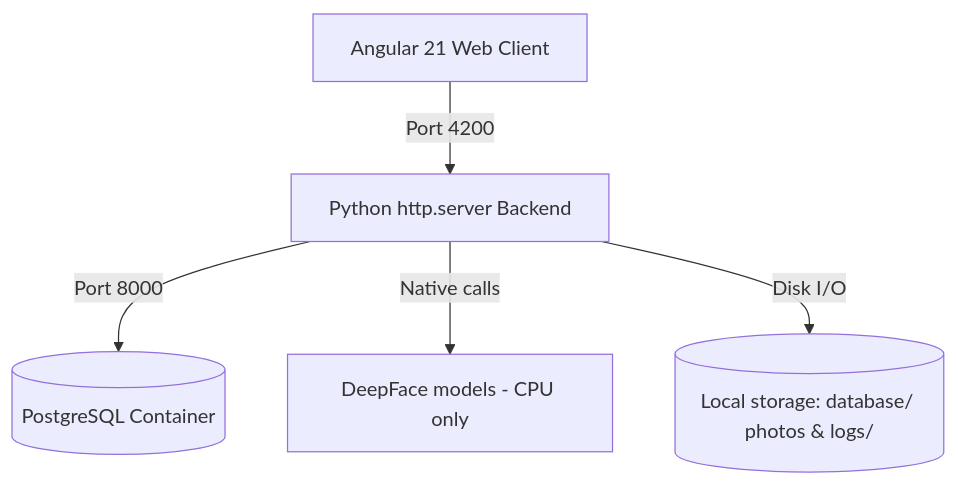
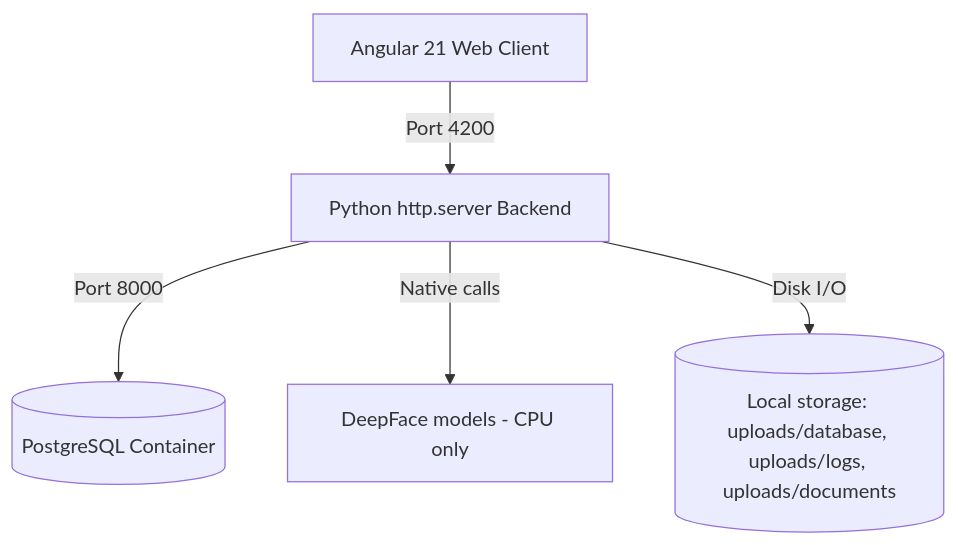
One commit to ttquang1063750/employee-face-ai changed the diagram in README.md. Above: the diagram before and after it, drawn with Mermaid. The commit also changed other lines of this file and 4 other files, not shown here.

````diff
--- a/README.md
+++ b/README.md
@@ -23,7 +23,7 @@
 ```mermaid
 graph TD
     Client[Angular 21 Web Client] -- Port 4200 --> API[Python http.server Backend]
     API -- Port 8000 --> DB[(PostgreSQL Container)]
     API -- Native calls --> DF[DeepFace models - CPU only]
-    API -- Disk I/O --> FS[(Local storage: database/ photos & logs/)]
+    API -- Disk I/O --> FS[(Local storage: uploads/database, uploads/logs, uploads/documents)]
 ```
````
